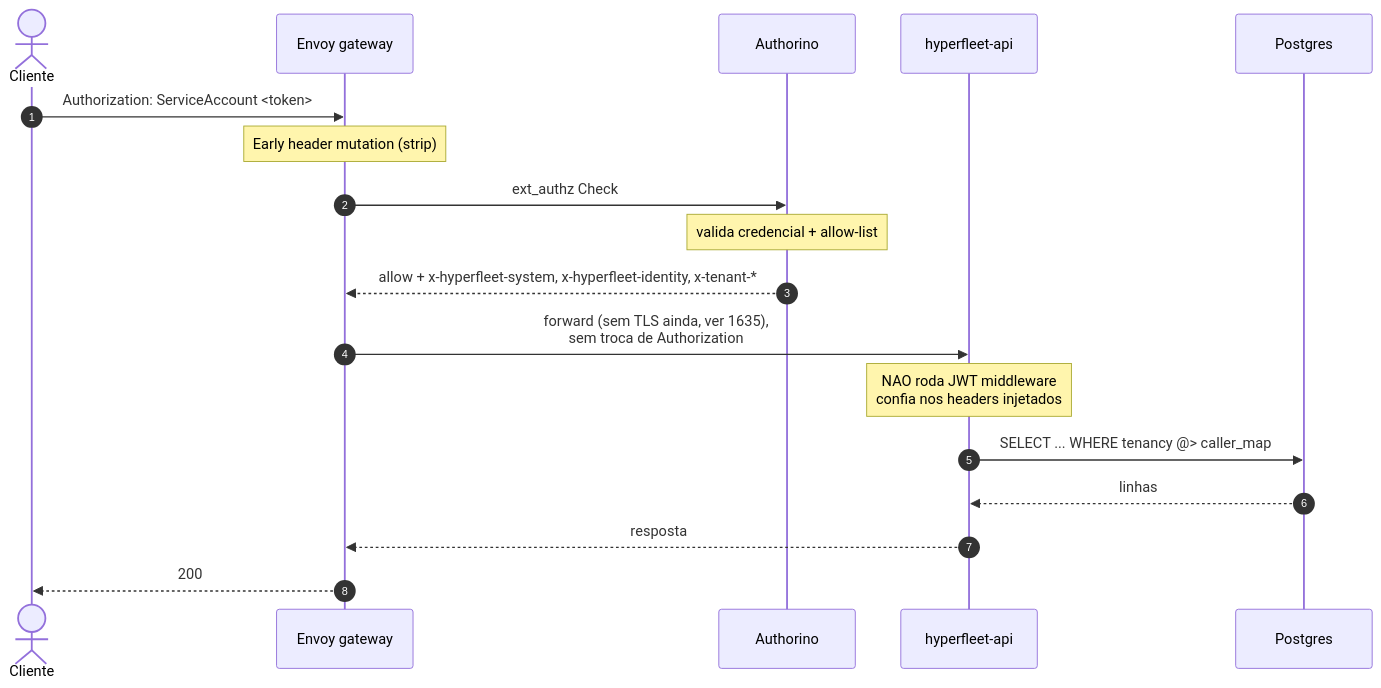
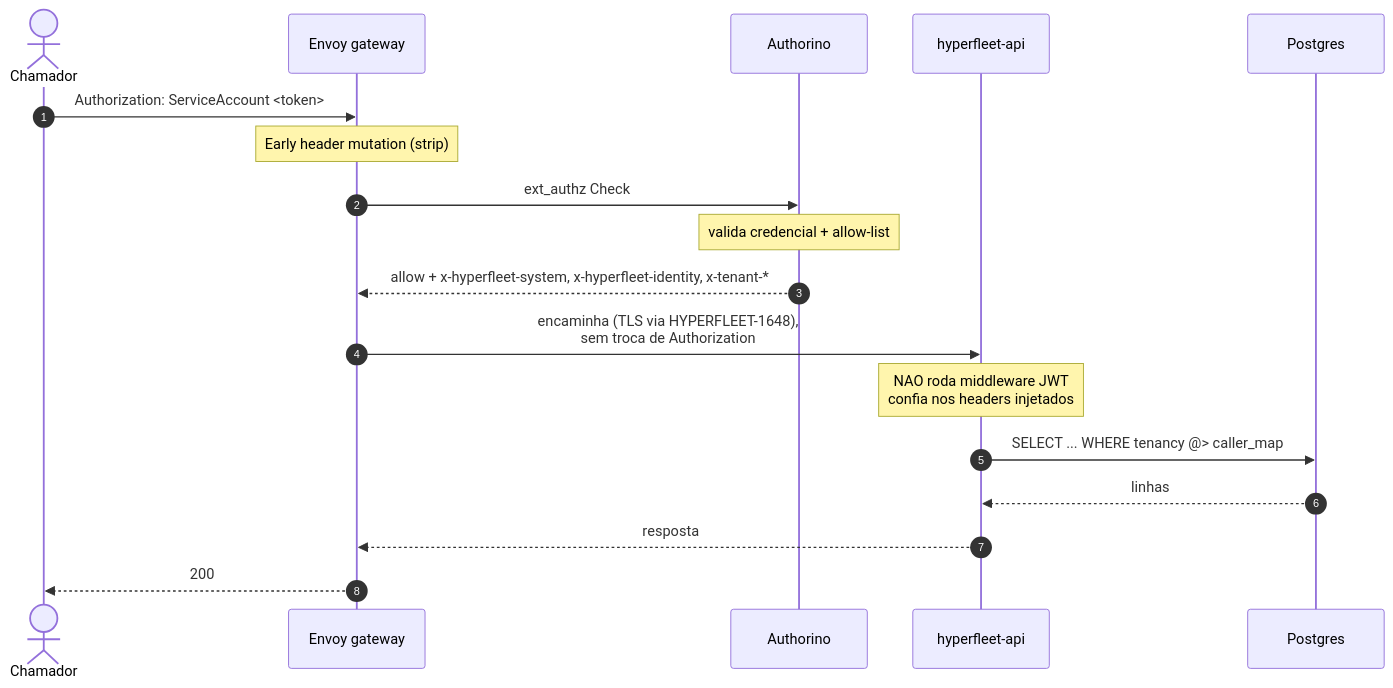
Before and after one commit to rafabene/hyperfleet-architecture: the fifth of 7 diagrams in hyperfleet/docs/gateway-auth-sequence-diagrams.md, drawn with Mermaid. The commit also changed other lines of this file, not shown here.

First line of the commit message:
docs: localize gateway auth diagrams and add ticket map

````diff
--- a/hyperfleet/docs/gateway-auth-sequence-diagrams.md
+++ b/hyperfleet/docs/gateway-auth-sequence-diagrams.md
@@ -95,21 +239,21 @@
 ```mermaid
 sequenceDiagram
     autonumber
-    actor C as Cliente
+    actor C as Chamador
     participant E as Envoy gateway
     participant A as Authorino
     participant API as hyperfleet-api
     participant DB as Postgres
 
     C->>E: Authorization: ServiceAccount <token>
     Note over E: Early header mutation (strip)
     E->>A: ext_authz Check
     Note over A: valida credencial + allow-list
     A-->>E: allow + x-hyperfleet-system, x-hyperfleet-identity, x-tenant-*
-    E->>API: forward (sem TLS ainda, ver 1635),<br/>sem troca de Authorization
-    Note over API: NAO roda JWT middleware<br/>confia nos headers injetados
+    E->>API: encaminha (TLS via HYPERFLEET-1648),<br/>sem troca de Authorization
+    Note over API: NAO roda middleware JWT<br/>confia nos headers injetados
     API->>DB: SELECT ... WHERE tenancy @> caller_map
     DB-->>API: linhas
     API-->>E: resposta
     E-->>C: 200
 ```
````
